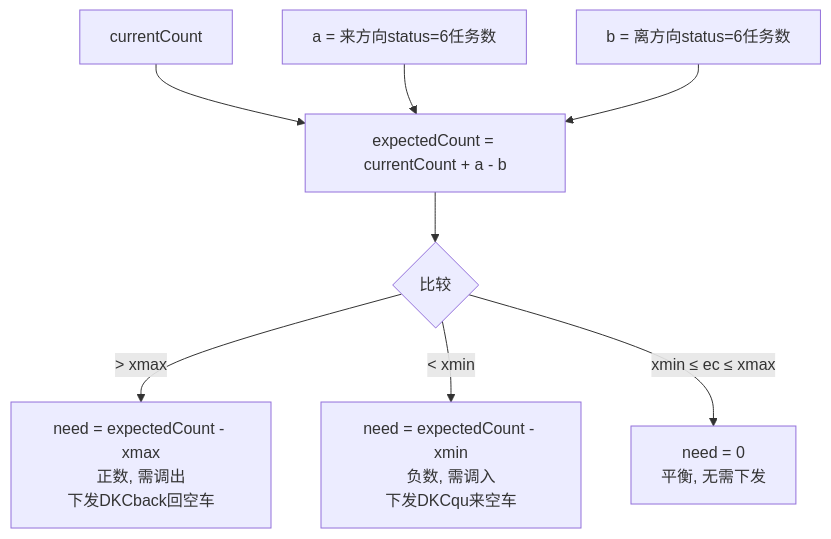
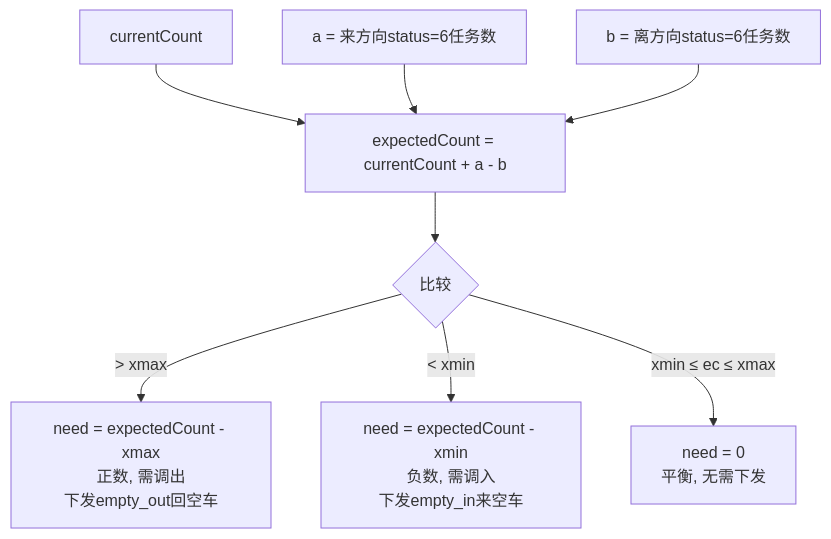
Before and after one commit to 1021143806/toolsForPersonal: the sixth of 6 diagrams in projects/agv_system/app/cross_env_manager/test/调车模块压力测试/README.md, drawn with Mermaid. The commit also changed other lines of this file and 6 other files, not shown here.

````diff
--- a/projects/agv_system/app/cross_env_manager/test/调车模块压力测试/README.md
+++ b/projects/agv_system/app/cross_env_manager/test/调车模块压力测试/README.md
@@ -94,10 +93,10 @@
 ```mermaid
 flowchart TD
     CC[currentCount] --> EC
     A[a = 来方向status=6任务数] --> EC
     B[b = 离方向status=6任务数] --> EC
     EC[expectedCount = currentCount + a - b] --> CMP{比较}
-    CMP -->|> xmax| OUT[need = expectedCount - xmax<br/>正数, 需调出<br/>下发DKCback回空车]
-    CMP -->|< xmin| IN[need = expectedCount - xmin<br/>负数, 需调入<br/>下发DKCqu来空车]
+    CMP -->|> xmax| OUT[need = expectedCount - xmax<br/>正数, 需调出<br/>下发empty_out回空车]
+    CMP -->|< xmin| IN[need = expectedCount - xmin<br/>负数, 需调入<br/>下发empty_in来空车]
     CMP -->|xmin ≤ ec ≤ xmax| BAL[need = 0<br/>平衡, 无需下发]
 ```
````
